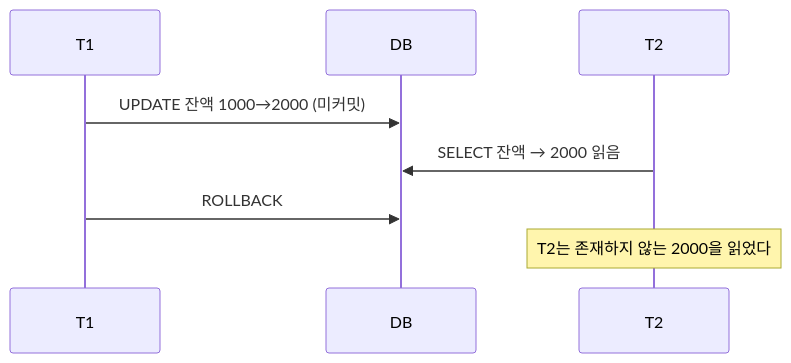
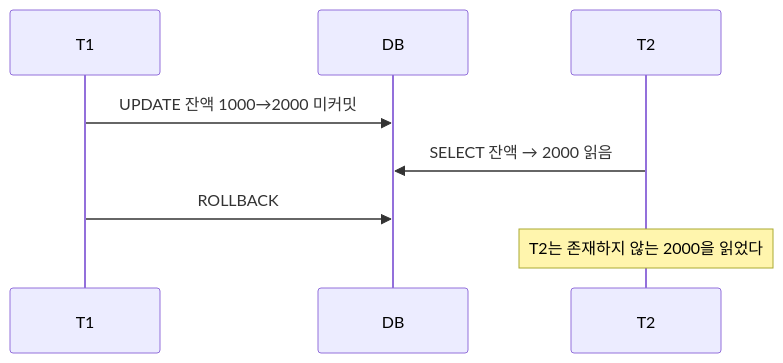
One commit to yjkim2015/yjkim2015.github.io changed the first of 7 diagrams in _posts/db/2026-05-03-db-transaction-isolation.md. Above: the diagram before and after it, drawn with Mermaid. The commit also changed other lines of this file and 85 other files, not shown here.

First line of the commit message:
sequenceDiagram 문법 에러 2차 수정 169개 (86파일)

````diff
--- a/_posts/db/2026-05-03-db-transaction-isolation.md
+++ b/_posts/db/2026-05-03-db-transaction-isolation.md
@@ -45,10 +45,10 @@
 ```mermaid
 sequenceDiagram
     participant T1
     participant DB
     participant T2
-    T1->>DB: UPDATE 잔액 1000→2000 (미커밋)
+    T1->>DB: UPDATE 잔액 1000→2000 미커밋
     T2->>DB: SELECT 잔액 → 2000 읽음
     T1->>DB: ROLLBACK
     Note over T2: T2는 존재하지 않는 2000을 읽었다
 ```
````
